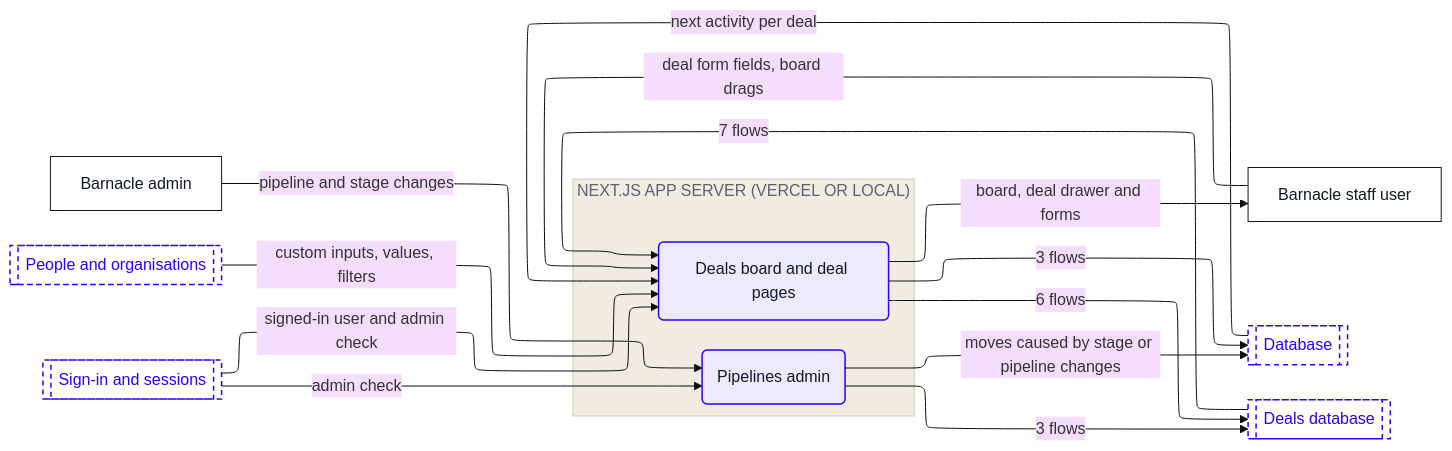
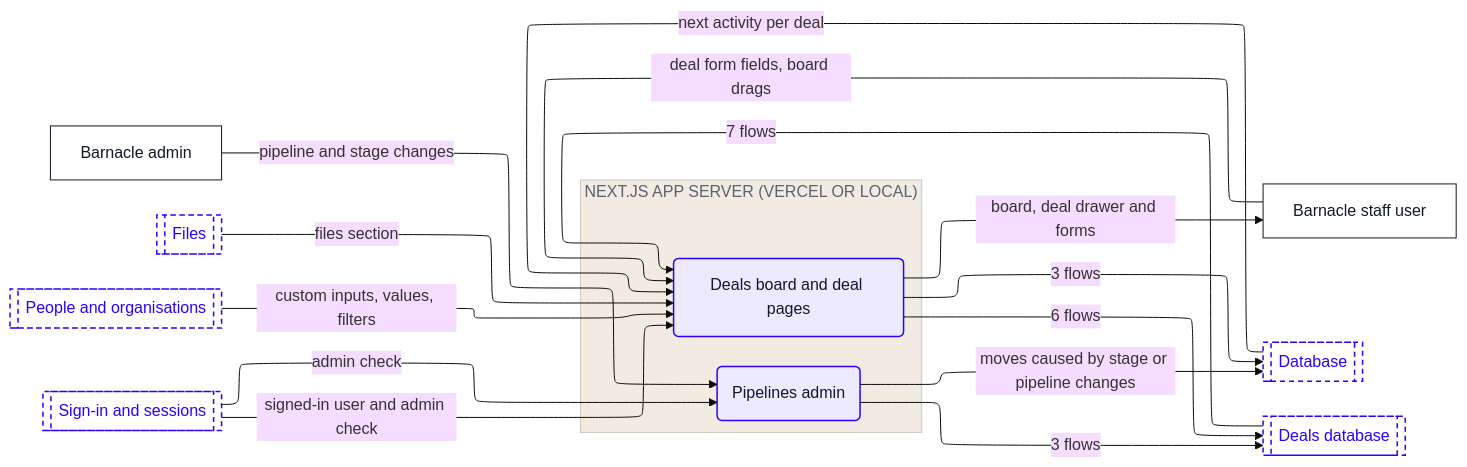
The fifth of 11 diagrams in dataflow/DATAFLOW.md (Romain-Perche/Barnacle-Pipe), drawn with Mermaid (base theme) before and after one commit. The commit also changed other lines of this file and 10 other files, not shown here.

````diff
--- a/dataflow/DATAFLOW.md
+++ b/dataflow/DATAFLOW.md
@@ -269,39 +298,41 @@
 ```mermaid
 ---
 config:
   layout: elk
 ---
 flowchart LR
     n1["Barnacle admin"]
     n2["Barnacle staff user"]
     subgraph z1["NEXT.JS APP SERVER (VERCEL OR LOCAL)"]
         n3("Deals board and deal pages")
         n4("Pipelines admin")
     end
     n5[["Database"]]
     n6[["Deals database"]]
-    n7[["People and organisations"]]
-    n8[["Sign-in and sessions"]]
+    n7[["Files"]]
+    n8[["People and organisations"]]
+    n9[["Sign-in and sessions"]]
     n5 -->|"next activity per deal"| n3
     n1 -->|"pipeline and stage changes"| n4
-    n7 -->|"custom inputs, values, filters"| n3
+    n8 -->|"custom inputs, values, filters"| n3
     n6 -->|"7 flows"| n3
     n3 -->|"6 flows"| n6
     n3 -->|"3 flows"| n5
     n3 -->|"board, deal drawer and forms"| n2
+    n7 -->|"files section"| n3
     n4 -->|"3 flows"| n6
     n4 -->|"moves caused by stage or pipeline changes"| n5
-    n8 -->|"signed-in user and admin check"| n3
-    n8 -->|"admin check"| n4
+    n9 -->|"signed-in user and admin check"| n3
+    n9 -->|"admin check"| n4
     n2 -->|"deal form fields, board drags"| n3
     classDef actor fill:#FFFFFF,stroke:#111827,stroke-width:1px,color:#111827
     classDef process fill:#EDEAFF,stroke:#2B00FF,stroke-width:1.5px,color:#111827
     classDef store fill:#FAF6F1,stroke:#111827,stroke-width:1.5px,color:#111827
     classDef zone fill:#1A1A1A,stroke:#1A1A1A,color:#FFFFFF
     classDef group fill:#2B00FF,stroke:#2B00FF,color:#FFFFFF
     classDef stub fill:#FFFFFF,stroke:#2B00FF,stroke-width:1.5px,stroke-dasharray:5 4,color:#2B00FF
     class n1,n2 actor
     class n3,n4 process
-    class n5,n6,n7,n8 stub
+    class n5,n6,n7,n8,n9 stub
     style z1 fill:#F1EBE2,stroke:#CFC7BB,color:#5D6270
 ```
````
